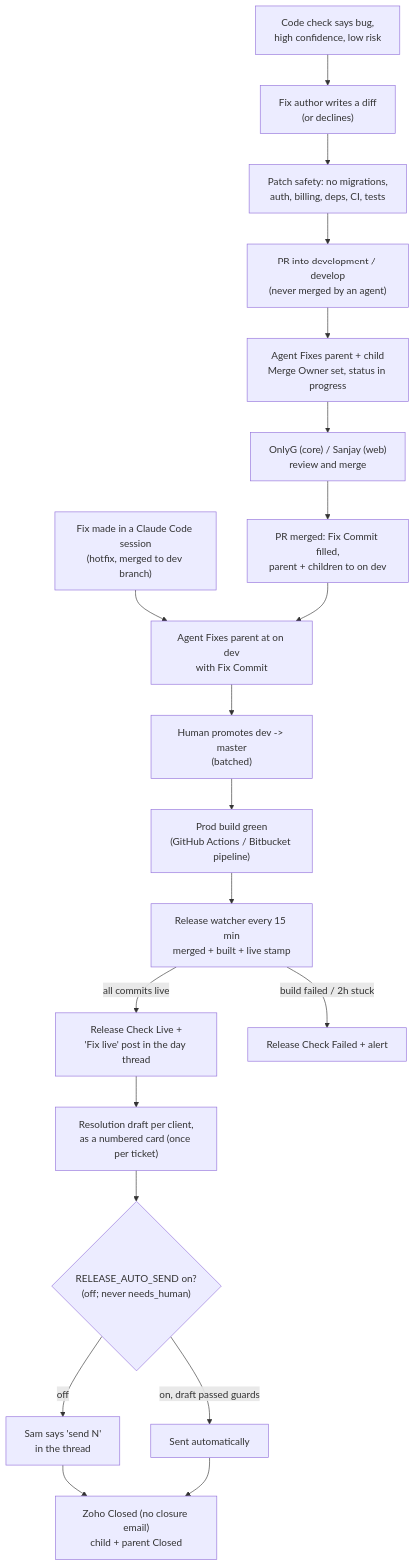
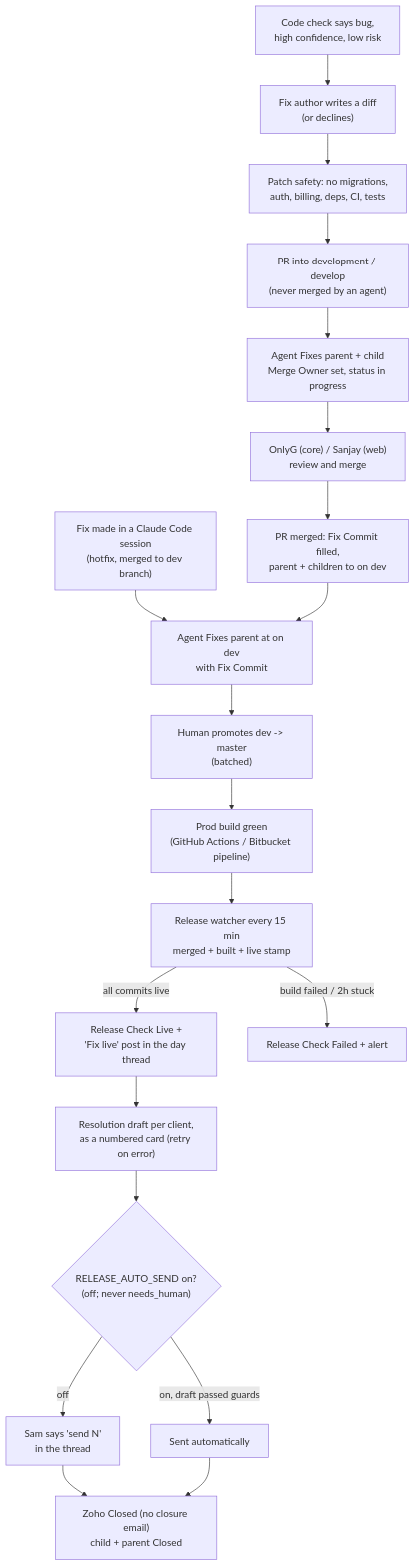
The second of 6 diagrams in WORKFLOWS.md (vomeadmin/vome-os), drawn with Mermaid before and after one commit. The commit also changed other lines of this file and 16 other files, not shown here.

````diff
--- a/WORKFLOWS.md
+++ b/WORKFLOWS.md
@@ -55,21 +55,21 @@
 ```mermaid
 flowchart TD
   CC["Code check says bug,<br/>high confidence, low risk"]:::built --> FA["Fix author writes a diff<br/>(or declines)"]:::built
   FA --> PS["Patch safety: no migrations,<br/>auth, billing, deps, CI, tests"]:::live
   PS --> PR["PR into development / develop<br/>(never merged by an agent)"]:::built
   PR --> AF["Agent Fixes parent + child<br/>Merge Owner set, status in progress"]:::built
   AF --> MG["OnlyG (core) / Sanjay (web)<br/>review and merge"]:::live
   MG --> PM["PR merged: Fix Commit filled,<br/>parent + children to on dev"]:::built
   HM["Fix made in a Claude Code session<br/>(hotfix, merged to dev branch)"]:::live --> OD
   PM --> OD["Agent Fixes parent at on dev<br/>with Fix Commit"]:::live
   OD --> PROMO["Human promotes dev -> master<br/>(batched)"]:::live
   PROMO --> BUILD["Prod build green<br/>(GitHub Actions / Bitbucket pipeline)"]:::live
   BUILD --> W["Release watcher every 15 min<br/>merged + built + live stamp"]:::live
-  W -->|all commits live| LIVE["Release Check Live +<br/>'Fix live' post in the day thread"]:::built
+  W -->|all commits live| LIVE["Release Check Live +<br/>'Fix live' post in the day thread"]:::live
   W -->|build failed / 2h stuck| FAIL["Release Check Failed + alert"]:::deployed
-  LIVE --> RD["Resolution draft per client,<br/>as a numbered card (once per ticket)"]:::built
+  LIVE --> RD["Resolution draft per client,<br/>as a numbered card (retry on error)"]:::broken
   RD --> AUTO{"RELEASE_AUTO_SEND on?<br/>(off; never needs_human)"}:::decide
   AUTO -->|off| SEND["Sam says 'send N'<br/>in the thread"]:::deployed
   AUTO -->|on, draft passed guards| AS["Sent automatically"]:::decide
   SEND & AS --> CLOSE["Zoho Closed (no closure email)<br/>child + parent Closed"]:::built
 ```
````
